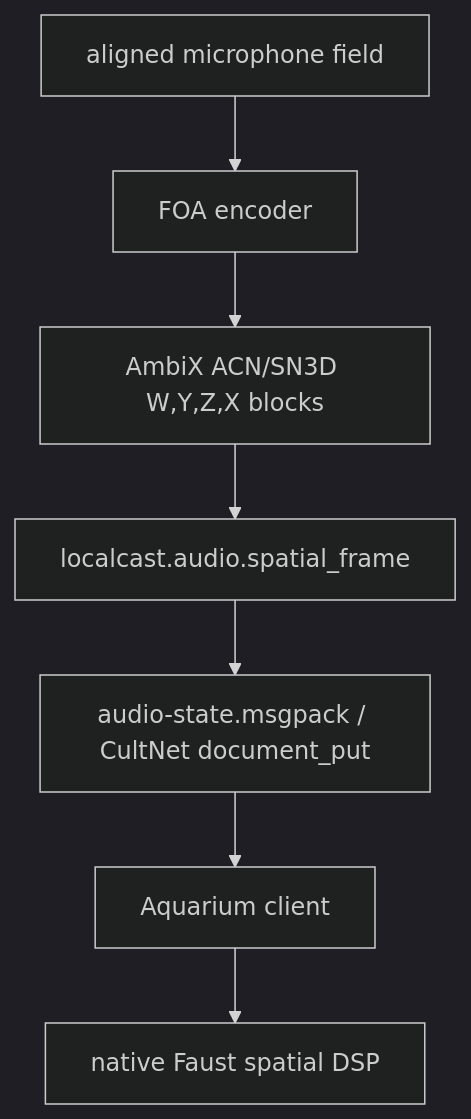
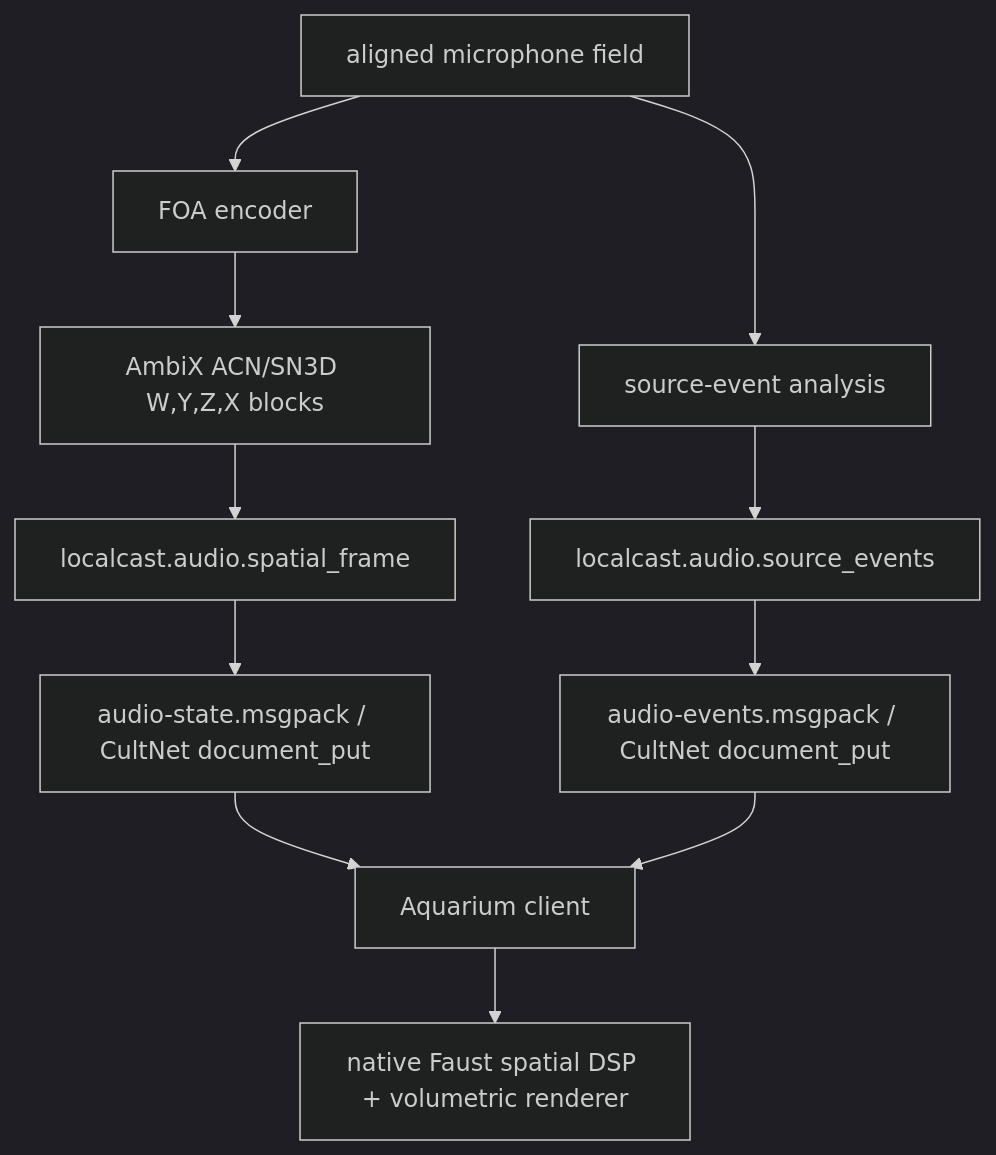
Before and after one commit to GameCult/Mimir: the diagram in docs/aquarium-spatial-audio.md, drawn with Mermaid (dark theme). The commit also changed other lines of this file and 6 other files, not shown here.

Commit message:
Add audio source event vector field

````diff
--- a/docs/aquarium-spatial-audio.md
+++ b/docs/aquarium-spatial-audio.md
@@ -9,9 +9,13 @@
 ```mermaid
 flowchart TD
     A["aligned microphone field"] --> B["FOA encoder"]
     B --> C["AmbiX ACN/SN3D W,Y,Z,X blocks"]
     C --> D["localcast.audio.spatial_frame"]
+    A --> H["source-event analysis"]
+    H --> I["localcast.audio.source_events"]
     D --> E["audio-state.msgpack / CultNet document_put"]
+    I --> J["audio-events.msgpack / CultNet document_put"]
     E --> F["Aquarium client"]
-    F --> G["native Faust spatial DSP"]
+    J --> F
+    F --> G["native Faust spatial DSP + volumetric renderer"]
 ```
````
